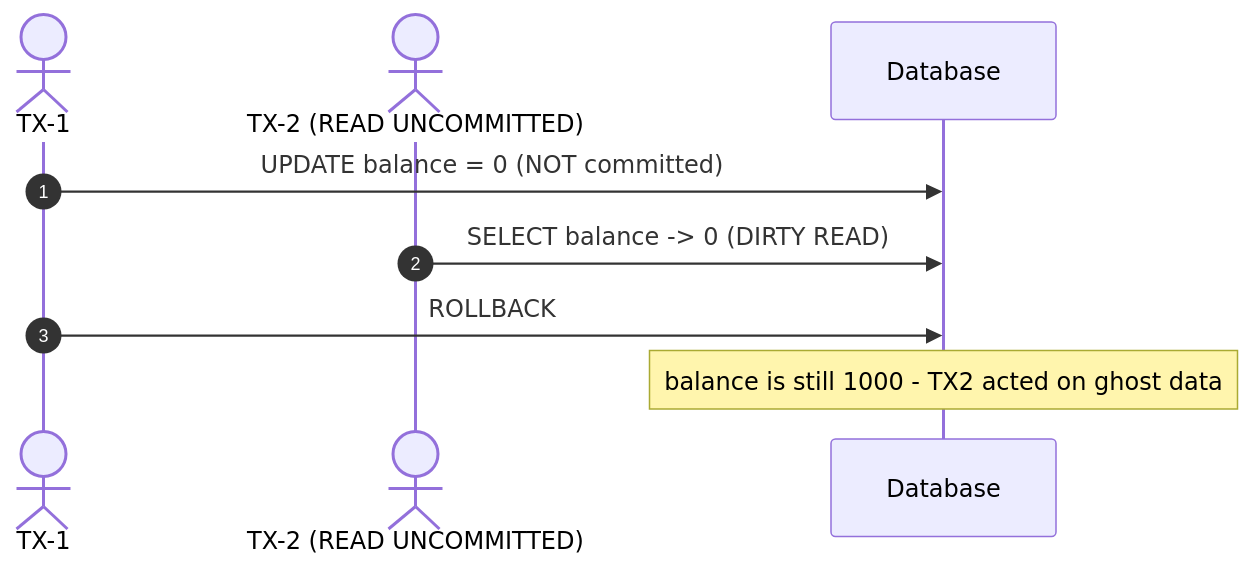
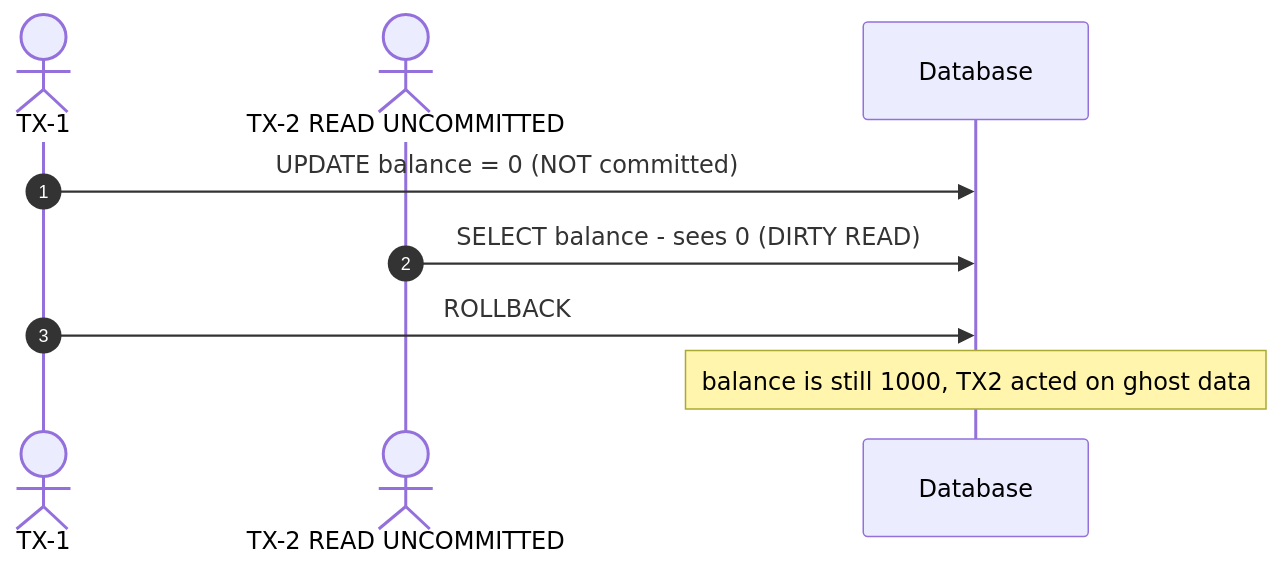
One commit to Jatinghataliya/database-locking changed the eighth of 12 diagrams in README.md. Above: the diagram before and after it, drawn with Mermaid. The commit also changed other lines of this file, not shown here.

First line of the commit message:
fix: remove all invalid Mermaid syntax from README diagrams

````diff
--- a/README.md
+++ b/README.md
@@ -378,12 +378,12 @@
 ```mermaid
 sequenceDiagram
     autonumber
     actor T1 as TX-1
-    actor T2 as TX-2 (READ UNCOMMITTED)
+    actor T2 as TX-2 READ UNCOMMITTED
     participant DB as Database
 
-    T1->>DB: UPDATE balance = 0  (NOT committed)
-    T2->>DB: SELECT balance  -> 0  (DIRTY READ)
+    T1->>DB: UPDATE balance = 0 (NOT committed)
+    T2->>DB: SELECT balance - sees 0 (DIRTY READ)
     T1->>DB: ROLLBACK
-    Note over DB: balance is still 1000 - TX2 acted on ghost data
+    Note over DB: balance is still 1000, TX2 acted on ghost data
 ```
````
